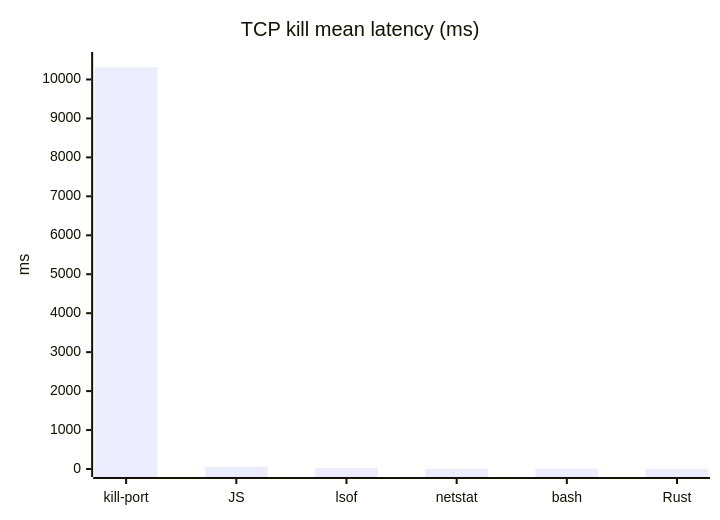
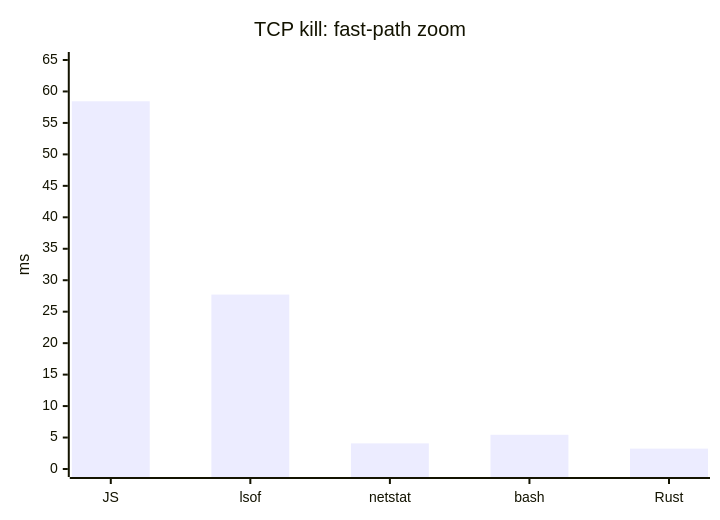
The third of 5 diagrams in README.md (ocodista/kill-port-now), drawn with Mermaid before and after one commit. The commit also changed other lines of this file, not shown here.

Commit message:
Improve benchmark chart readability

````diff
--- a/README.md
+++ b/README.md
@@ -52,7 +62,7 @@
 ```mermaid
 xychart-beta
-  title "TCP kill mean latency (ms)"
-  x-axis ["kill-port", "JS", "lsof", "netstat", "bash", "Rust"]
-  y-axis "ms" 0 --> 10500
-  bar [10311.02, 58.44, 27.72, 4.07, 5.44, 3.24]
+  title "TCP kill: fast-path zoom"
+  x-axis ["JS", "lsof", "netstat", "bash", "Rust"]
+  y-axis "ms" 0 --> 65
+  bar [58.44, 27.72, 4.07, 5.44, 3.24]
 ```
````
